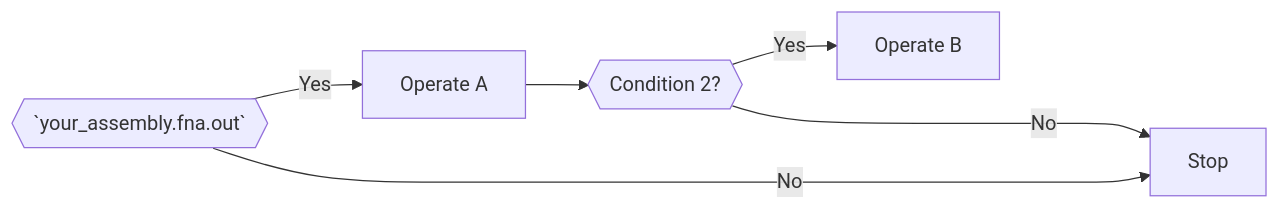
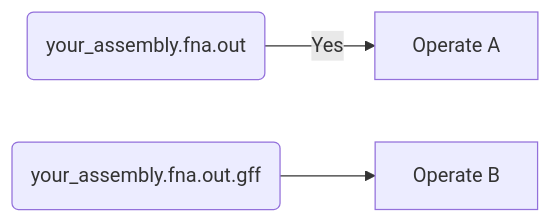
One commit to milena-t/ReVis changed the diagram in README.md. Above: the diagram before and after it, drawn with Mermaid.

Commit message:
more mermaid

````diff
--- a/README.md
+++ b/README.md
@@ -68,9 +68,7 @@
 ```mermaid
 graph LR;
-    cond1{{`your_assembly.fna.out`}};
-    cond1 -- Yes --> A[Operate A];
-    cond1 -- No ----> Stop;
-    A --> cond2{{Condition 2?}};
-    cond2 -- Yes --> B[Operate B];
-    cond2 -- No ----> Stop;
+    infile_out(your_assembly.fna.out);
+    infile_out -- Yes --> A[Operate A];
+    infile_gff(your_assembly.fna.out.gff);
+    infile_gff --> B[Operate B];
 ```   
````
